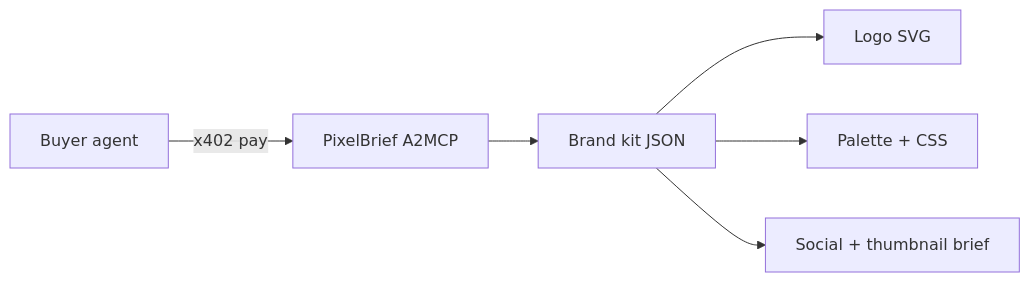
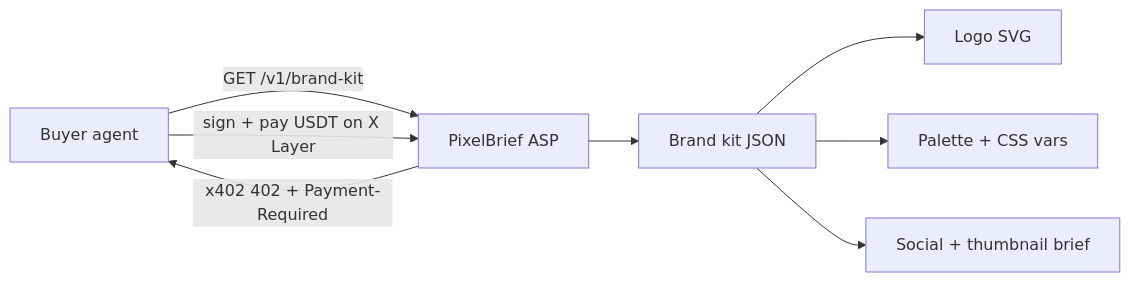
Before and after one commit to thesithunyein/pixelbrief: the diagram in README.md, drawn with Mermaid. The commit also changed other lines of this file, not shown here.

````diff
--- a/README.md
+++ b/README.md
@@ -54,8 +90,10 @@
 ```mermaid
 flowchart LR
-  A[Buyer agent] -->|x402 pay| B[PixelBrief A2MCP]
+  A[Buyer agent] -->|GET /v1/brand-kit| B[PixelBrief ASP]
+  B -->|x402 402 + Payment-Required| A
+  A -->|sign + pay USDT on X Layer| B
   B --> C[Brand kit JSON]
   C --> D[Logo SVG]
-  C --> E[Palette + CSS]
+  C --> E[Palette + CSS vars]
   C --> F[Social + thumbnail brief]
 ```
````
